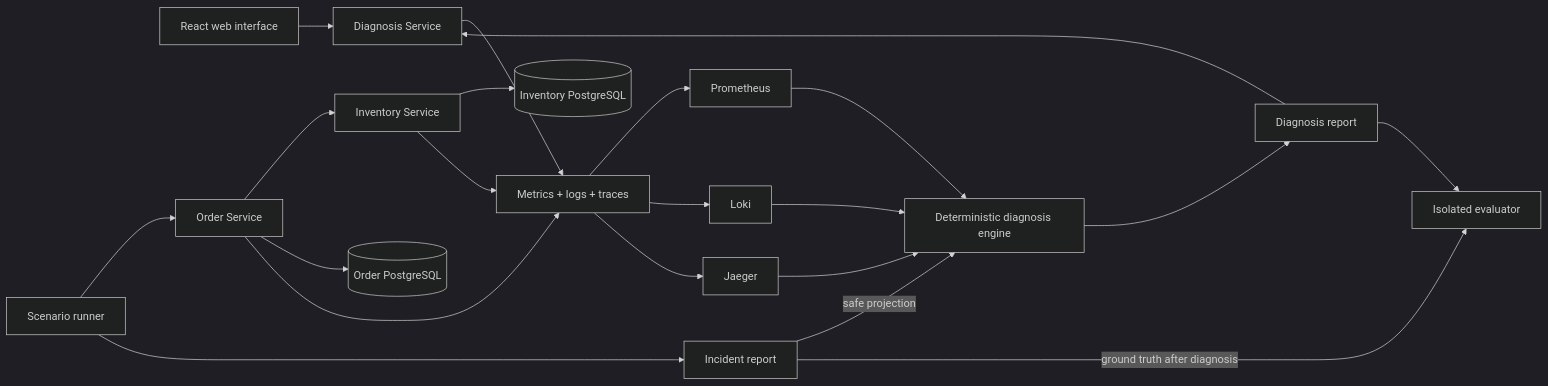
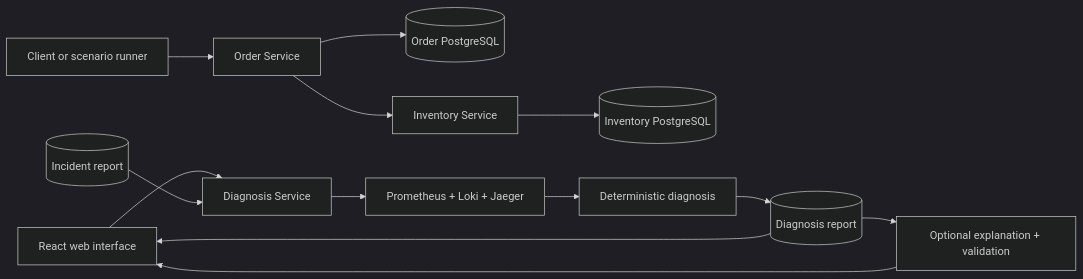
Before and after one commit to sw666zw/RootLens: the diagram in README.md, drawn with Mermaid (dark theme). The commit also changed other lines of this file and 21 other files, not shown here.

````diff
--- a/README.md
+++ b/README.md
@@ -36,24 +51,16 @@
 ```mermaid
 flowchart LR
-    Web["React web interface"] --> Diagnosis["Diagnosis Service"]
-    Scenario["Scenario runner"] --> Order["Order Service"]
+    Client["Client or scenario runner"] --> Order["Order Service"]
+    Order --> OrderDB[("Order PostgreSQL")]
     Order --> Inventory["Inventory Service"]
-    Order --> OrderDB[("Order PostgreSQL")]
     Inventory --> InventoryDB[("Inventory PostgreSQL")]
 
-    Order --> Telemetry["Metrics + logs + traces"]
-    Inventory --> Telemetry
-    Diagnosis --> Telemetry
-    Telemetry --> Prometheus
-    Telemetry --> Loki
-    Telemetry --> Jaeger
-    Prometheus --> Engine["Deterministic diagnosis engine"]
-    Loki --> Engine
-    Jaeger --> Engine
-    Scenario --> Incident["Incident report"]
-    Incident -->|"safe projection"| Engine
-    Engine --> Report["Diagnosis report"]
-    Report --> Diagnosis
-    Report --> Evaluator["Isolated evaluator"]
-    Incident -->|"ground truth after diagnosis"| Evaluator
+    Web["React web interface"] --> Diagnosis["Diagnosis Service"]
+    Incident[("Incident report")] --> Diagnosis
+    Diagnosis --> Sources["Prometheus + Loki + Jaeger"]
+    Sources --> Decision["Deterministic diagnosis"]
+    Decision --> Report[("Diagnosis report")]
+    Report --> Explanation["Optional explanation + validation"]
+    Report --> Web
+    Explanation --> Web
 ```
````
